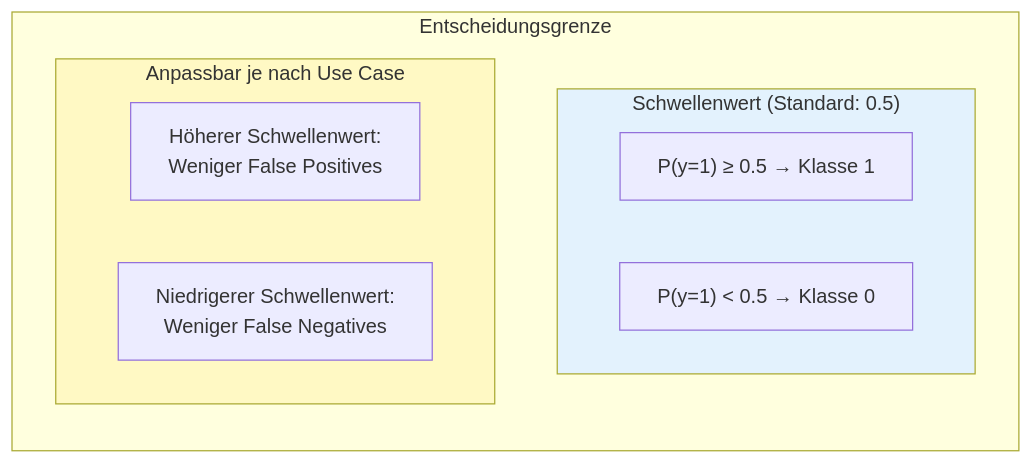
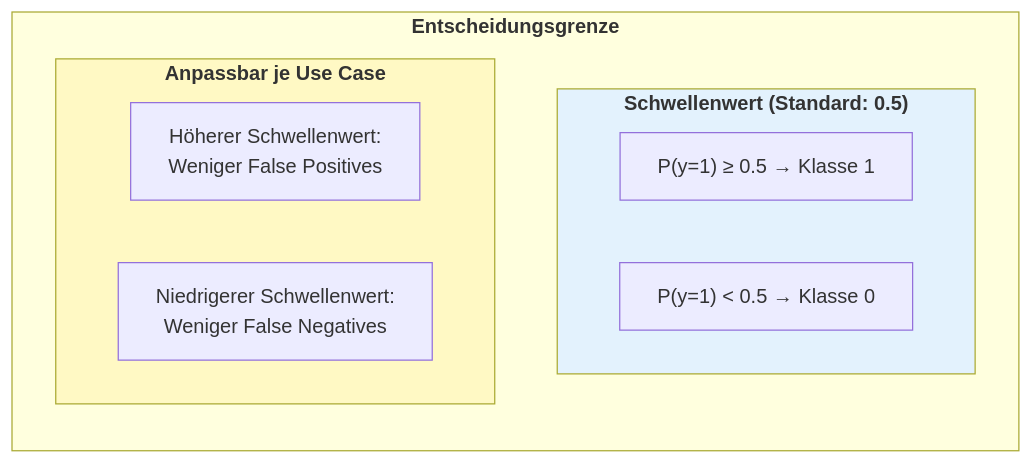
One commit to ralf-42/ML_Intro changed the eighth of 10 diagrams in docs/concepts/modeling/regression.md. Above: the diagram before and after it, drawn with Mermaid. The commit also changed other lines of this file and 4 other files, not shown here.

````diff
--- a/docs/concepts/modeling/regression.md
+++ b/docs/concepts/modeling/regression.md
@@ -411,19 +411,19 @@
 ```mermaid
 flowchart TB
-    subgraph decision["Entscheidungsgrenze"]
+    subgraph decision["<b>Entscheidungsgrenze"]
         direction TB
         
-        subgraph threshold["Schwellenwert (Standard: 0.5)"]
+        subgraph threshold["<b>Schwellenwert (Standard: 0.5)"]
             T1["P(y=1) ≥ 0.5 → Klasse 1"]
             T2["P(y=1) < 0.5 → Klasse 0"]
         end
         
-        subgraph adjust["Anpassbar je nach Use Case"]
+        subgraph adjust["<b>Anpassbar je Use Case"]
             A1["Höherer Schwellenwert:<br/>Weniger False Positives"]
             A2["Niedrigerer Schwellenwert:<br/>Weniger False Negatives"]
         end
     end
     
     style threshold fill:#e3f2fd
     style adjust fill:#fff9c4
 ```
````
